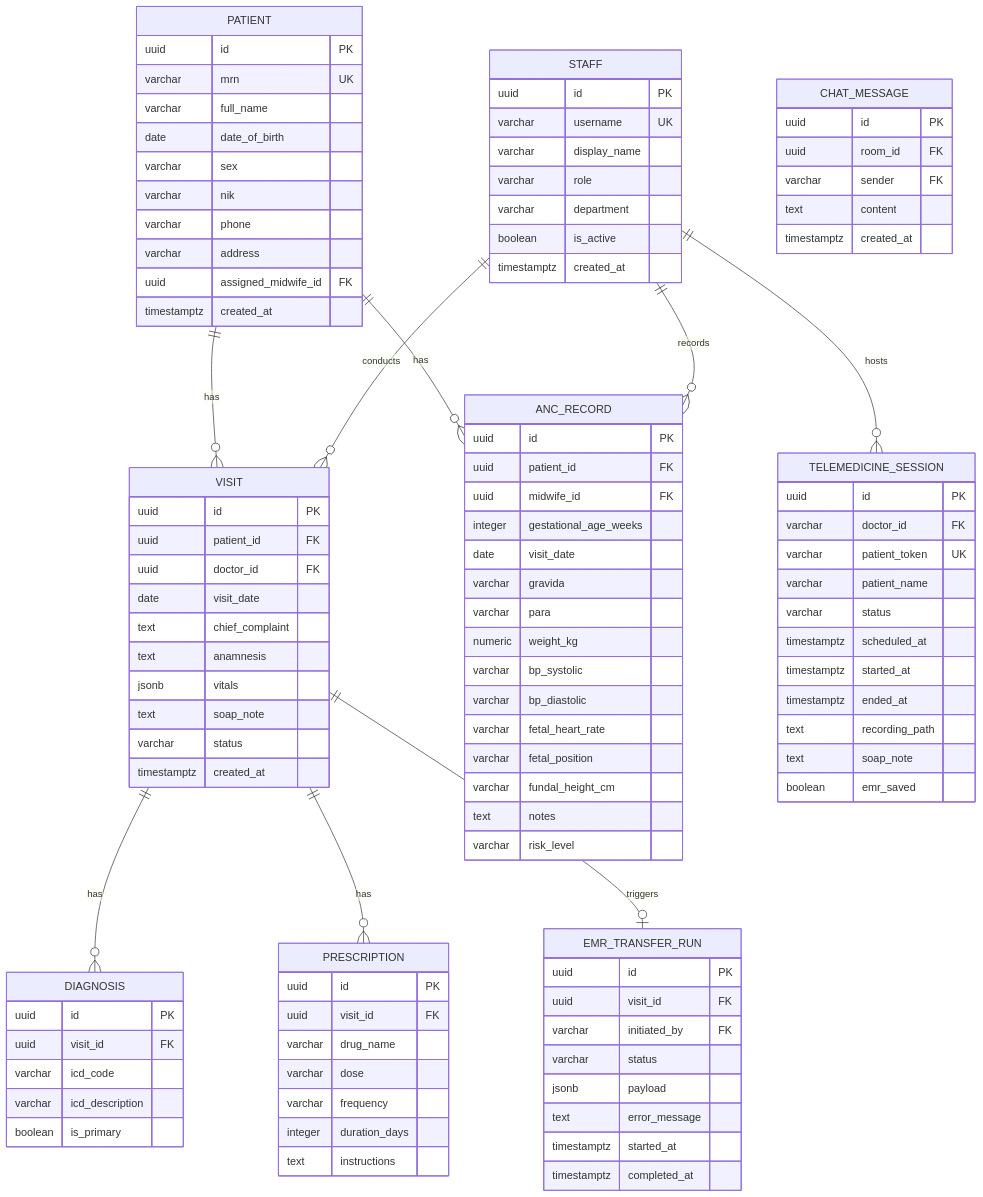
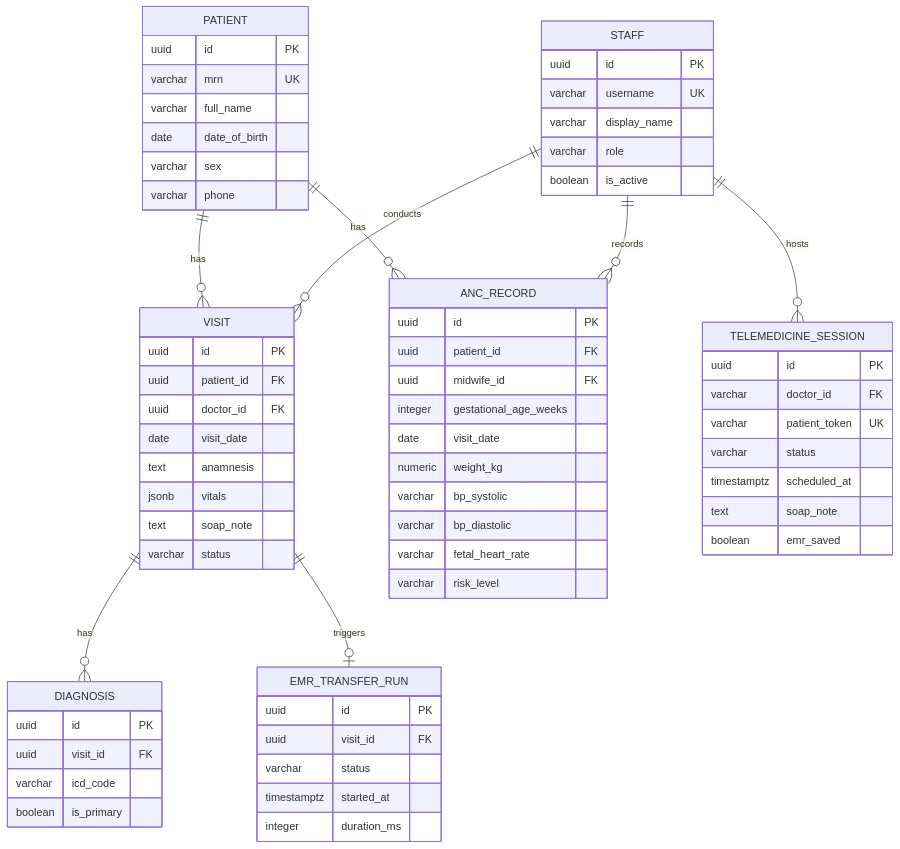
The seventh of 18 diagrams in README.md (Avvicenna/intelligenceboard), drawn with Mermaid before and after one commit. The commit also changed other lines of this file, not shown here.

````diff
--- a/README.md
+++ b/README.md
@@ -1437,9 +831,7 @@
         varchar username UK
         varchar display_name
         varchar role
-        varchar department
         boolean is_active
-        timestamptz created_at
     }
 
     PATIENT {
@@ -1448,11 +840,7 @@
         varchar full_name
         date date_of_birth
         varchar sex
-        varchar nik
         varchar phone
-        varchar address
-        uuid assigned_midwife_id FK
-        timestamptz created_at
     }
 
     VISIT {
@@ -1460,30 +848,17 @@
         uuid patient_id FK
         uuid doctor_id FK
         date visit_date
-        text chief_complaint
         text anamnesis
         jsonb vitals
         text soap_note
         varchar status
-        timestamptz created_at
     }
 
     DIAGNOSIS {
         uuid id PK
         uuid visit_id FK
         varchar icd_code
-        varchar icd_description
         boolean is_primary
-    }
-
-    PRESCRIPTION {
-        uuid id PK
-        uuid visit_id FK
-        varchar drug_name
-        varchar dose
-        varchar frequency
-        integer duration_days
-        text instructions
     }
 
     ANC_RECORD {
@@ -1492,49 +867,29 @@
         uuid midwife_id FK
         integer gestational_age_weeks
         date visit_date
-        varchar gravida
-        varchar para
         numeric weight_kg
         varchar bp_systolic
         varchar bp_diastolic
         varchar fetal_heart_rate
-        varchar fetal_position
-        varchar fundal_height_cm
-        text notes
         varchar risk_level
-    }
-
-    EMR_TRANSFER_RUN {
-        uuid id PK
-        uuid visit_id FK
-        varchar initiated_by FK
-        varchar status
-        jsonb payload
-        text error_message
-        timestamptz started_at
-        timestamptz completed_at
     }
 
     TELEMEDICINE_SESSION {
         uuid id PK
         varchar doctor_id FK
         varchar patient_token UK
-        varchar patient_name
         varchar status
         timestamptz scheduled_at
-        timestamptz started_at
-        timestamptz ended_at
-        text recording_path
         text soap_note
         boolean emr_saved
     }
 
-    CHAT_MESSAGE {
+    EMR_TRANSFER_RUN {
         uuid id PK
-        uuid room_id FK
-        varchar sender FK
-        text content
-        timestamptz created_at
+        uuid visit_id FK
+        varchar status
+        timestamptz started_at
+        integer duration_ms
     }
 
     STAFF ||--o{ VISIT : "conducts"
@@ -1543,6 +898,5 @@
     PATIENT ||--o{ VISIT : "has"
     PATIENT ||--o{ ANC_RECORD : "has"
     VISIT ||--o{ DIAGNOSIS : "has"
-    VISIT ||--o{ PRESCRIPTION : "has"
     VISIT ||--o| EMR_TRANSFER_RUN : "triggers"
 ```
````
